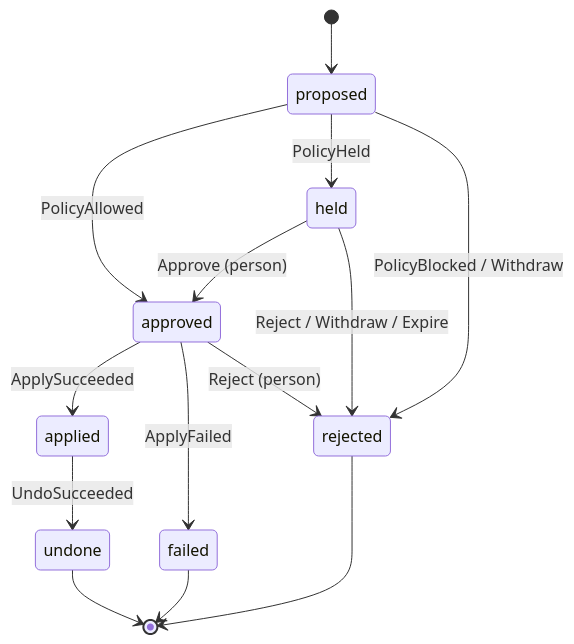
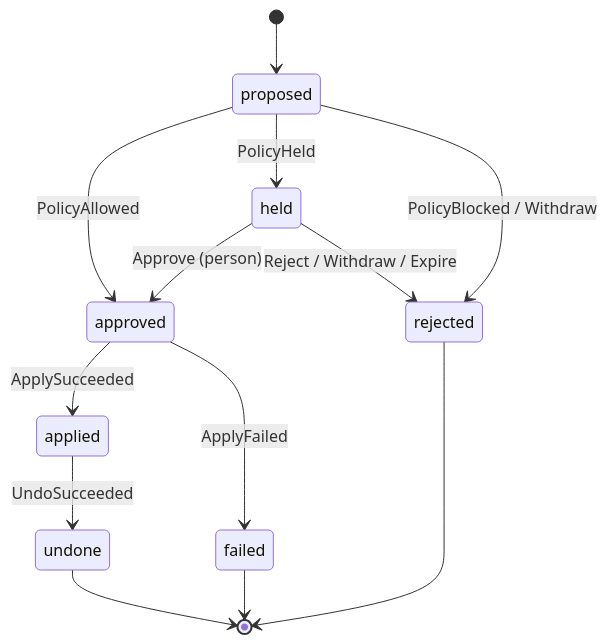
One commit to Ermag/rowbit changed the diagram in docs/spec/change-lifecycle.md. Above: the diagram before and after it, drawn with Mermaid. The commit also changed other lines of this file and 6 other files, not shown here.

````diff
--- a/docs/spec/change-lifecycle.md
+++ b/docs/spec/change-lifecycle.md
@@ -29,16 +29,15 @@
 ```mermaid
 stateDiagram-v2
     [*] --> proposed
     proposed --> approved: PolicyAllowed
     proposed --> held: PolicyHeld
     proposed --> rejected: PolicyBlocked / Withdraw
     held --> approved: Approve (person)
     held --> rejected: Reject / Withdraw / Expire
     approved --> applied: ApplySucceeded
     approved --> failed: ApplyFailed
-    approved --> rejected: Reject (person)
     applied --> undone: UndoSucceeded
     rejected --> [*]
     failed --> [*]
     undone --> [*]
 ```
````
